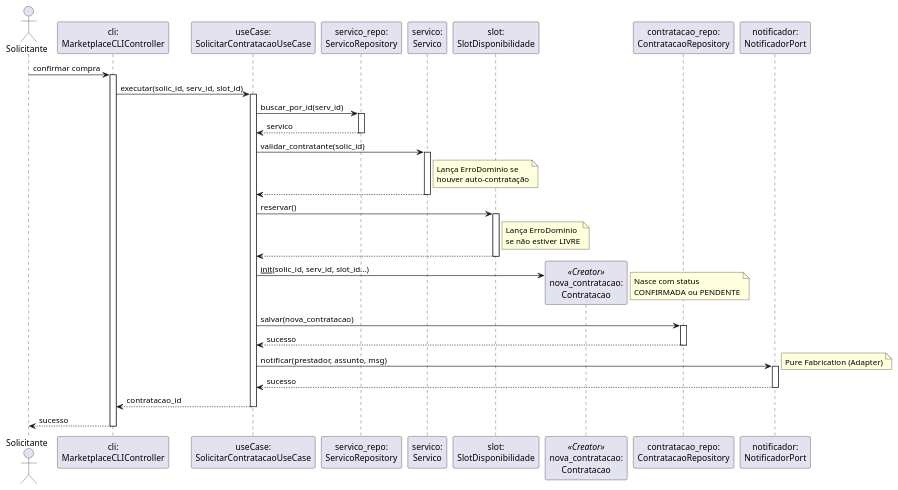
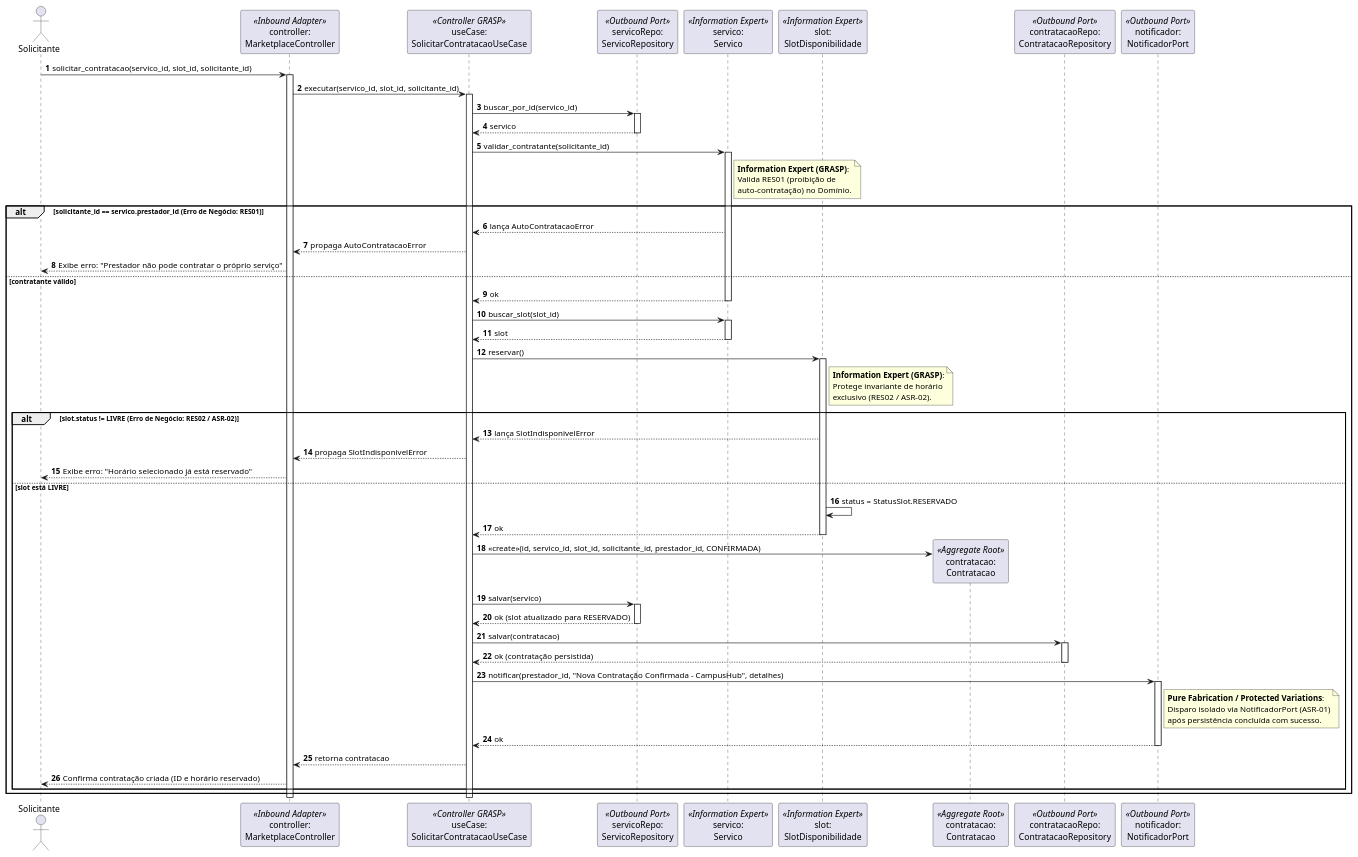
Before and after one commit to phillyagyu/marketplace-ufpr: the diagram in diagramas/sequencia.puml, drawn with PlantUML. The commit also changed 15 other files, not shown here.

```diff
--- a/diagramas/sequencia.puml
+++ b/diagramas/sequencia.puml
@@ -1,58 +1,92 @@
-@startuml
-actor Solicitante
-participant "cli:\nMarketplaceCLIController" as CLI
-participant "useCase:\nSolicitarContratacaoUseCase" as UC
-participant "servico_repo:\nServicoRepository" as SRepo
-participant "servico:\nServico" as Servico
-participant "slot:\nSlotDisponibilidade" as Slot
-participant "nova_contratacao:\nContratacao" as Contratacao <<Creator>>
-participant "contratacao_repo:\nContratacaoRepository" as CRepo
-participant "notificador:\nNotificadorPort" as Notif
+@startuml sequencia
+autonumber
+actor "Solicitante" as User
+participant "controller:\nMarketplaceController" as Ctrl <<Inbound Adapter>>
+participant "useCase:\nSolicitarContratacaoUseCase" as UC <<Controller GRASP>>
+participant "servicoRepo:\nServicoRepository" as SRepo <<Outbound Port>>
+participant "servico:\nServico" as Serv <<Information Expert>>
+participant "slot:\nSlotDisponibilidade" as Slot <<Information Expert>>
+participant "contratacao:\nContratacao" as Cont <<Aggregate Root>>
+participant "contratacaoRepo:\nContratacaoRepository" as CRepo <<Outbound Port>>
+participant "notificador:\nNotificadorPort" as Notif <<Outbound Port>>
 
-Solicitante -> CLI : confirmar compra
-activate CLI
-CLI -> UC : executar(solic_id, serv_id, slot_id)
+User -> Ctrl : solicitar_contratacao(servico_id, slot_id, solicitante_id)
+activate Ctrl
+
+Ctrl -> UC : executar(servico_id, slot_id, solicitante_id)
 activate UC
 
-UC -> SRepo : buscar_por_id(serv_id)
+UC -> SRepo : buscar_por_id(servico_id)
 activate SRepo
 SRepo --> UC : servico
 deactivate SRepo
 
-UC -> Servico : validar_contratante(solic_id)
-activate Servico
-note right of Servico
-  Lança ErroDominio se
-  houver auto-contratação
+UC -> Serv : validar_contratante(solicitante_id)
+activate Serv
+note right of Serv
+  **Information Expert (GRASP)**:
+  Valida RES01 (proibição de
+  auto-contratação) no Domínio.
 end note
-Servico --> UC
-deactivate Servico
 
-UC -> Slot : reservar()
-activate Slot
-note right of Slot
-  Lança ErroDominio 
-  se não estiver LIVRE
-end note
-Slot --> UC
-deactivate Slot
+alt solicitante_id == servico.prestador_id (Erro de Negócio: RES01)
+    Serv --> UC : lança AutoContratacaoError
+    UC --> Ctrl : propaga AutoContratacaoError
+    Ctrl --> User : Exibe erro: "Prestador não pode contratar o próprio serviço"
+else contratante válido
+    Serv --> UC : ok
+    deactivate Serv
 
-UC -> Contratacao ** : __init__(solic_id, serv_id, slot_id...)
-note right: Nasce com status\nCONFIRMADA ou PENDENTE
+    UC -> Serv : buscar_slot(slot_id)
+    activate Serv
+    Serv --> UC : slot
+    deactivate Serv
 
-UC -> CRepo : salvar(nova_contratacao)
-activate CRepo
-CRepo --> UC : sucesso
-deactivate CRepo
+    UC -> Slot : reservar()
+    activate Slot
+    note right of Slot
+      **Information Expert (GRASP)**:
+      Protege invariante de horário
+      exclusivo (RES02 / ASR-02).
+    end note
 
-UC -> Notif : notificar(prestador, assunto, msg)
-activate Notif
-note right: Pure Fabrication (Adapter)
-Notif --> UC : sucesso
-deactivate Notif
+    alt slot.status != LIVRE (Erro de Negócio: RES02 / ASR-02)
+        Slot --> UC : lança SlotIndisponivelError
+        UC --> Ctrl : propaga SlotIndisponivelError
+        Ctrl --> User : Exibe erro: "Horário selecionado já está reservado"
+    else slot está LIVRE
+        Slot -> Slot : status = StatusSlot.RESERVADO
+        Slot --> UC : ok
+        deactivate Slot
 
-UC --> CLI : contratacao_id
+        create Cont
+        UC -> Cont : <<create>>(id, servico_id, slot_id, solicitante_id, prestador_id, CONFIRMADA)
+
+        UC -> SRepo : salvar(servico)
+        activate SRepo
+        SRepo --> UC : ok (slot atualizado para RESERVADO)
+        deactivate SRepo
+
+        UC -> CRepo : salvar(contratacao)
+        activate CRepo
+        CRepo --> UC : ok (contratação persistida)
+        deactivate CRepo
+
+        UC -> Notif : notificar(prestador_id, "Nova Contratação Confirmada - CampusHub", detalhes)
+        activate Notif
+        note right of Notif
+          **Pure Fabrication / Protected Variations**:
+          Disparo isolado via NotificadorPort (ASR-01)
+          após persistência concluída com sucesso.
+        end note
+        Notif --> UC : ok
+        deactivate Notif
+
+        UC --> Ctrl : retorna contratacao
+        Ctrl --> User : Confirma contratação criada (ID e horário reservado)
+    end
+end
+
 deactivate UC
-CLI --> Solicitante : sucesso
-deactivate CLI
+deactivate Ctrl
 @enduml
```
